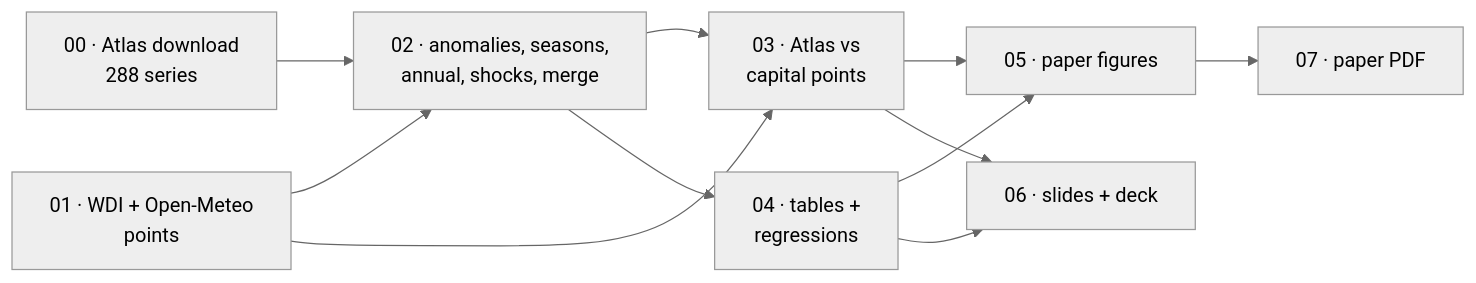
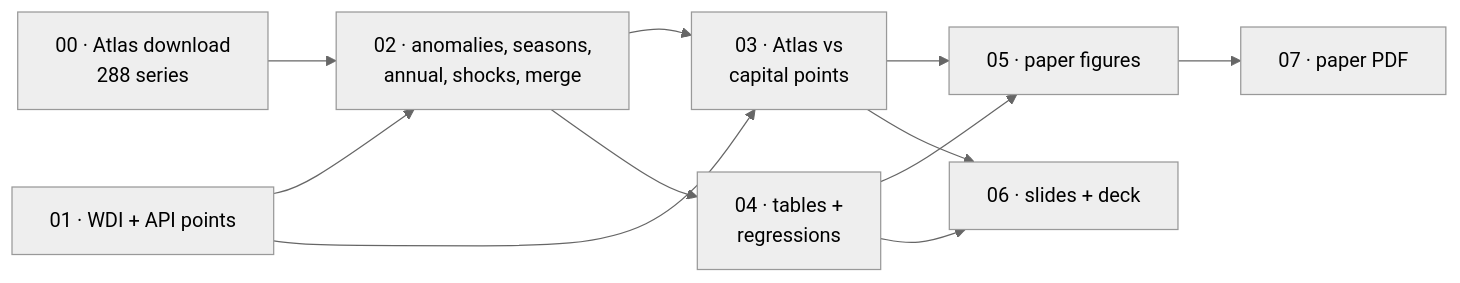
One commit to Polluxgnr/Environemental-economics- changed the diagram in README.md. Above: the diagram before and after it, drawn with Mermaid (neutral theme). The commit also changed other lines of this file and 11 other files, not shown here.

````diff
--- a/README.md
+++ b/README.md
@@ -164,13 +253,13 @@
 ```mermaid
 flowchart LR
   A["00 · Atlas download<br/>288 series"] --> C["02 · anomalies, seasons,<br/>annual, shocks, merge"]
-  B["01 · WDI + Open-Meteo<br/>points"] --> C
+  B["01 · WDI + API points"] --> C
   B --> D
   C --> D["03 · Atlas vs<br/>capital points"]
   C --> E["04 · tables +<br/>regressions"]
   D --> F["05 · paper figures"]
   E --> F
   E --> G["06 · slides + deck"]
   D --> G
   F --> H["07 · paper PDF"]
 ```
````
